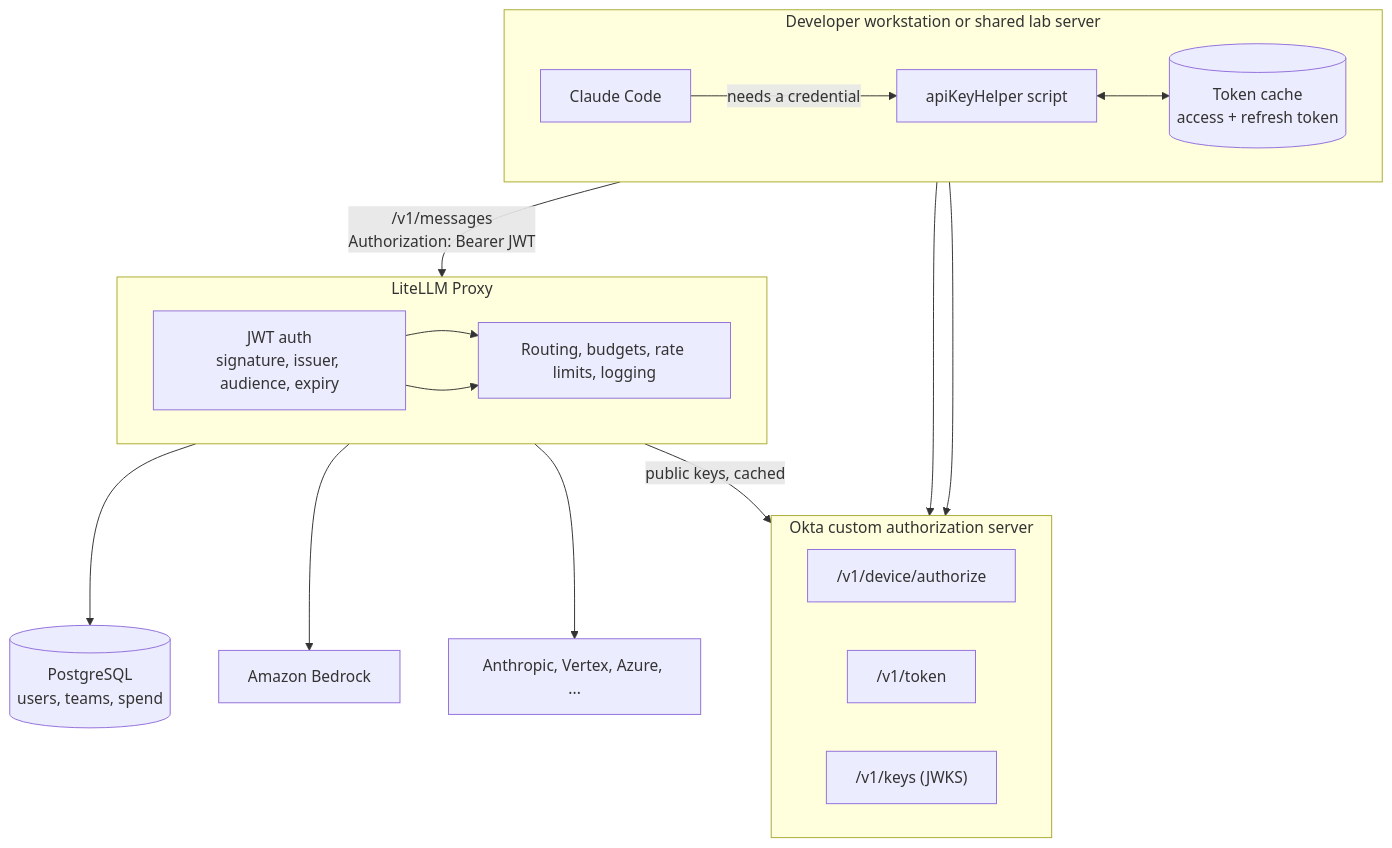
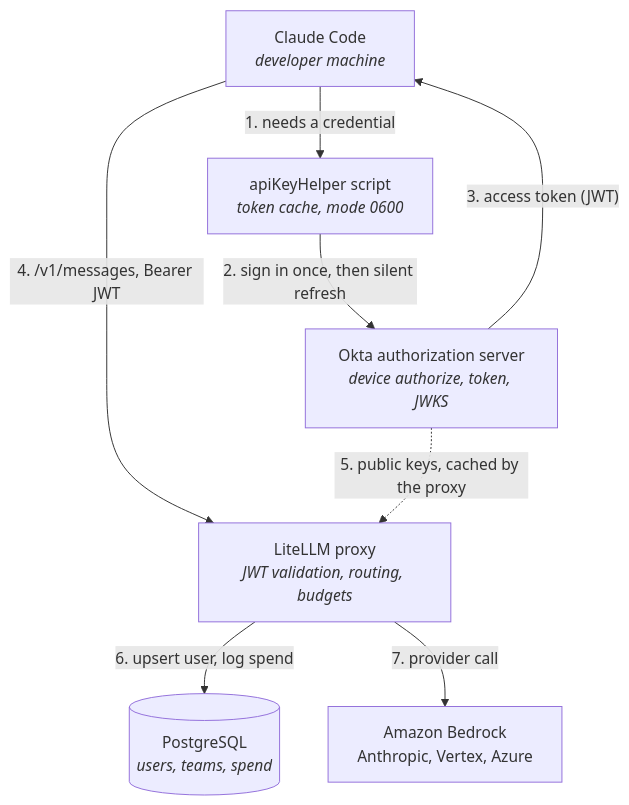
The first of 2 diagrams in docs/tutorials/claude_code_okta_sso.md (BerriAI/litellm-docs), drawn with Mermaid before and after one commit.

Commit message:
docs: flatten the claude code okta architecture diagram

````diff
--- a/docs/tutorials/claude_code_okta_sso.md
+++ b/docs/tutorials/claude_code_okta_sso.md
@@ -19,38 +19,17 @@
 ```mermaid
 flowchart TD
-  subgraph machine["Developer workstation or shared lab server"]
-    direction LR
-    cc["Claude Code"]
-    helper["apiKeyHelper script"]
-    cache[("Token cache<br/>access + refresh token")]
-    cc -->|"needs a credential"| helper
-    helper <--> cache
-  end
+  cc["Claude Code<br/><i>developer machine</i>"]
+  helper["apiKeyHelper script<br/><i>token cache, mode 0600</i>"]
+  okta["Okta authorization server<br/><i>device authorize, token, JWKS</i>"]
+  proxy["LiteLLM proxy<br/><i>JWT validation, routing, budgets</i>"]
+  db[("PostgreSQL<br/><i>users, teams, spend</i>")]
+  prov["Amazon Bedrock<br/>Anthropic, Vertex, Azure"]
 
-  subgraph okta["Okta custom authorization server"]
-    direction LR
-    dev_ep["/v1/device/authorize"]
-    tok_ep["/v1/token"]
-    jwks_ep["/v1/keys (JWKS)"]
-  end
-
-  subgraph proxy["LiteLLM Proxy"]
-    direction LR
-    jwtauth["JWT auth<br/>signature, issuer, audience, expiry"]
-    router["Routing, budgets, rate limits, logging"]
-    jwtauth --> router
-  end
-
-  db[("PostgreSQL<br/>users, teams, spend")]
-  bedrock["Amazon Bedrock"]
-  others["Anthropic, Vertex, Azure, ..."]
-
-  helper --> dev_ep
-  helper --> tok_ep
-  cc -->|"/v1/messages<br/>Authorization: Bearer JWT"| jwtauth
-  jwtauth -->|"public keys, cached"| jwks_ep
-  jwtauth --> router
-  jwtauth --> db
-  router --> bedrock
-  router --> others
+  cc -->|"1. needs a credential"| helper
+  helper -->|"2. sign in once, then silent refresh"| okta
+  okta -->|"3. access token (JWT)"| cc
+  cc -->|"4. /v1/messages, Bearer JWT"| proxy
+  okta -.->|"5. public keys, cached by the proxy"| proxy
+  proxy -->|"6. upsert user, log spend"| db
+  proxy -->|"7. provider call"| prov
 ```
````
